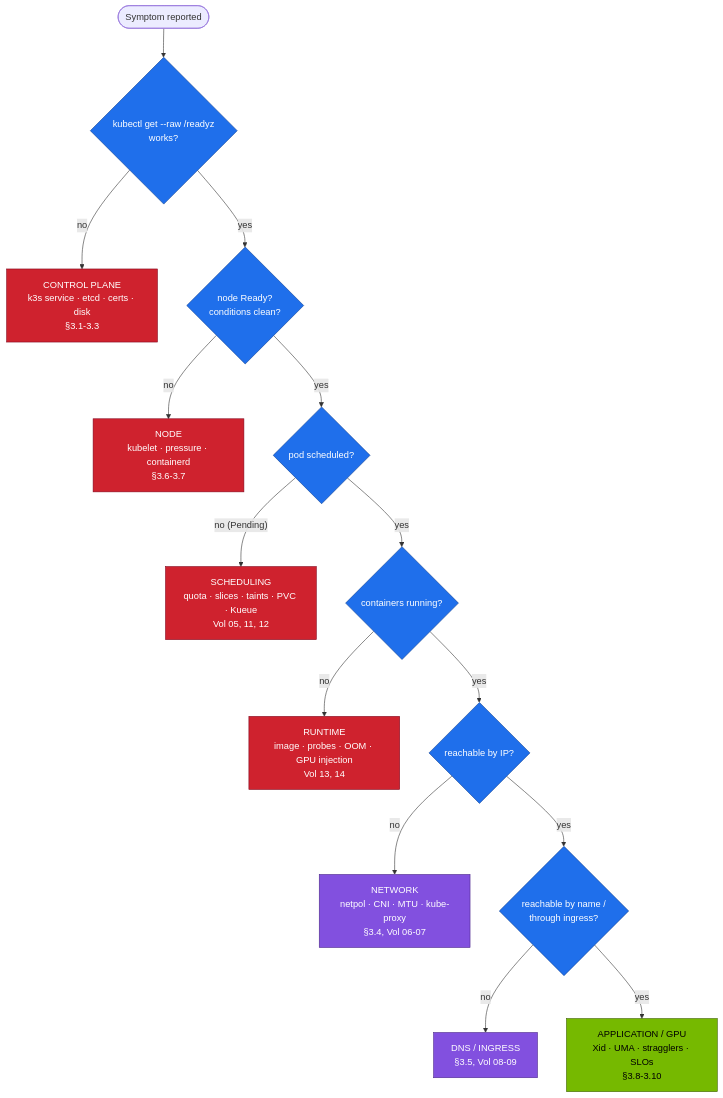
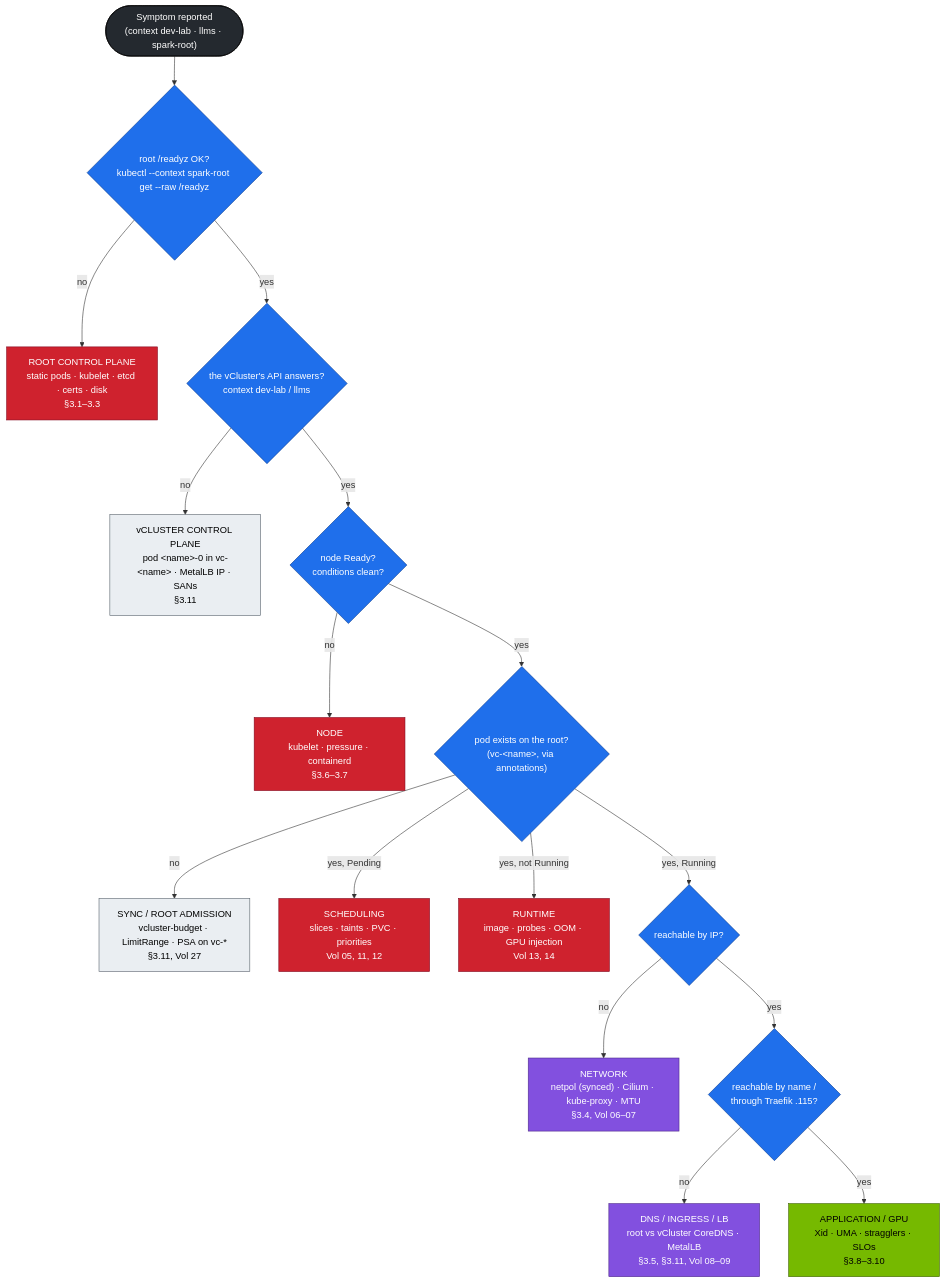
The diagram in 02 Kubernetes/19-cluster-diagnostics-and-failure-scenarios.md (cloudone365/technical-depth), drawn with Mermaid before and after one commit. The commit also changed other lines of this file and 53 other files, not shown here.

````diff
--- a/02 Kubernetes/19-cluster-diagnostics-and-failure-scenarios.md
+++ b/02 Kubernetes/19-cluster-diagnostics-and-failure-scenarios.md
@@ -19,24 +20,30 @@
 ```mermaid
 flowchart TD
-  S(["Symptom reported"]) --> Q1{"kubectl get --raw /readyz<br/>works?"}
-  Q1 -- no --> CP["CONTROL PLANE<br/>k3s service · etcd · certs · disk<br/>§3.1-3.3"]
-  Q1 -- yes --> Q2{"node Ready?<br/>conditions clean?"}
-  Q2 -- no --> ND["NODE<br/>kubelet · pressure · containerd<br/>§3.6-3.7"]
-  Q2 -- yes --> Q3{"pod scheduled?"}
-  Q3 -- "no (Pending)" --> SC["SCHEDULING<br/>quota · slices · taints · PVC · Kueue<br/>Vol 05, 11, 12"]
-  Q3 -- yes --> Q4{"containers running?"}
-  Q4 -- no --> RT["RUNTIME<br/>image · probes · OOM · GPU injection<br/>Vol 13, 14"]
-  Q4 -- yes --> Q5{"reachable by IP?"}
-  Q5 -- no --> NET["NETWORK<br/>netpol · CNI · MTU · kube-proxy<br/>§3.4, Vol 06-07"]
-  Q5 -- yes --> Q6{"reachable by name /<br/>through ingress?"}
-  Q6 -- no --> DNS["DNS / INGRESS<br/>§3.5, Vol 08-09"]
-  Q6 -- yes --> APP["APPLICATION / GPU<br/>Xid · UMA · stragglers · SLOs<br/>§3.8-3.10"]
+  S(["Symptom reported<br/>(context dev-lab · llms · spark-root)"]) --> Q0{"root /readyz OK?<br/>kubectl --context spark-root get --raw /readyz"}
+  Q0 -- no --> CP["ROOT CONTROL PLANE<br/>static pods · kubelet · etcd · certs · disk<br/>§3.1–3.3"]
+  Q0 -- yes --> Qv{"the vCluster's API answers?<br/>context dev-lab / llms"}
+  Qv -- no --> VC["vCLUSTER CONTROL PLANE<br/>pod &lt;name&gt;-0 in vc-&lt;name&gt; · MetalLB IP · SANs<br/>§3.11"]
+  Qv -- yes --> Q2{"node Ready?<br/>conditions clean?"}
+  Q2 -- no --> ND["NODE<br/>kubelet · pressure · containerd<br/>§3.6–3.7"]
+  Q2 -- yes --> Q3{"pod exists on the root?<br/>(vc-&lt;name&gt;, via annotations)"}
+  Q3 -- "no" --> SY["SYNC / ROOT ADMISSION<br/>vcluster-budget · LimitRange · PSA on vc-*<br/>§3.11, Vol 27"]
+  Q3 -- "yes, Pending" --> SC["SCHEDULING<br/>slices · taints · PVC · priorities<br/>Vol 05, 11, 12"]
+  Q3 -- "yes, not Running" --> RT["RUNTIME<br/>image · probes · OOM · GPU injection<br/>Vol 13, 14"]
+  Q3 -- "yes, Running" --> Q5{"reachable by IP?"}
+  Q5 -- no --> NET["NETWORK<br/>netpol (synced) · Cilium · kube-proxy · MTU<br/>§3.4, Vol 06–07"]
+  Q5 -- yes --> Q6{"reachable by name /<br/>through Traefik .115?"}
+  Q6 -- no --> DNS["DNS / INGRESS / LB<br/>root vs vCluster CoreDNS · MetalLB<br/>§3.5, §3.11, Vol 08–09"]
+  Q6 -- yes --> APP["APPLICATION / GPU<br/>Xid · UMA · stragglers · SLOs<br/>§3.8–3.10"]
   classDef ctrl fill:#1f6feb,stroke:#0b3d91,color:#fff
   classDef sec fill:#cf222e,stroke:#82071e,color:#fff
   classDef gpu fill:#76b900,stroke:#3d6000,color:#000
   classDef net fill:#8250df,stroke:#4c2889,color:#fff
-  class Q1,Q2,Q3,Q4,Q5,Q6 ctrl
+  classDef tenant fill:#eaeef2,stroke:#57606a,color:#000
+  classDef ext fill:#24292f,stroke:#000,color:#fff
+  class S ext
+  class Q0,Qv,Q2,Q3,Q5,Q6 ctrl
   class CP,ND,SC,RT sec
+  class VC,SY tenant
   class NET,DNS net
   class APP gpu
 ```
````
